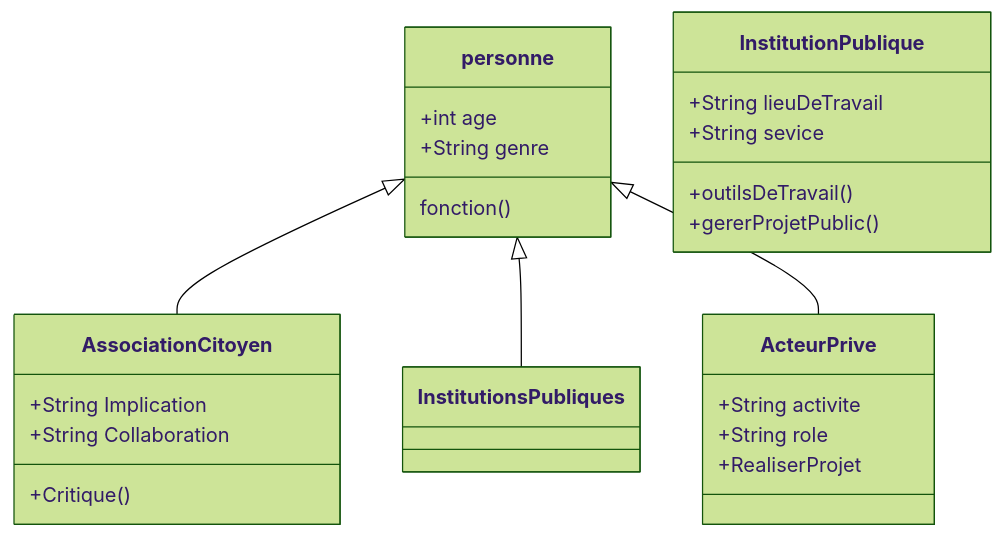
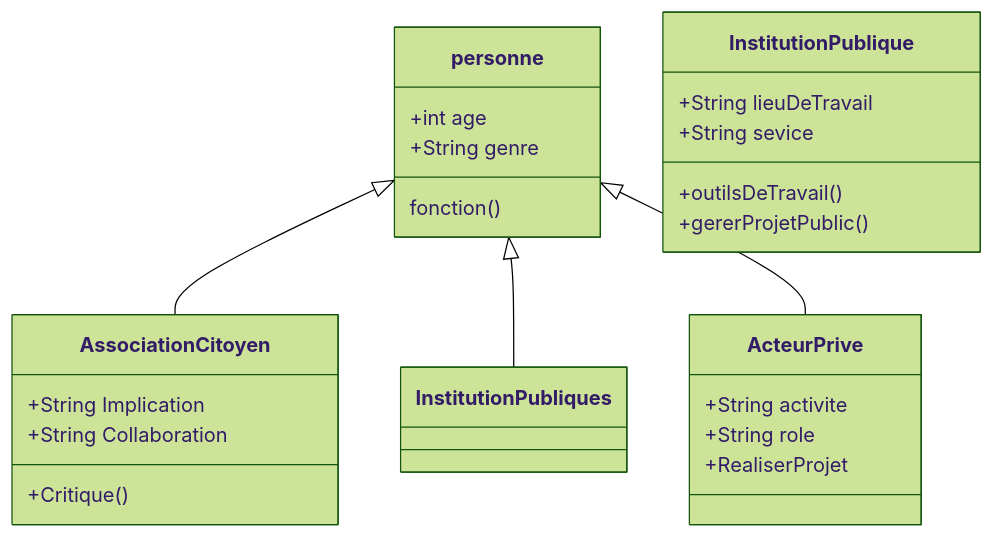
The diagram in acteurskahiarchi.md (kahiarchi/plaine---saint--Denis---batiment-), drawn with Mermaid (forest theme) before and after one commit.

````diff
--- a/acteurskahiarchi.md
+++ b/acteurskahiarchi.md
@@ -1,27 +1,27 @@
 ```mermaid
 classDiagram
     personne <|-- AssociationCitoyen
-    personne <|-- InstitutionsPubliques
+    personne <|-- InstitutionPubliques
     personne <|-- ActeurPrive
 
     personne : +int age
     personne : +String genre
     personne : fonction()
 
   class AssociationCitoyen {
      +String Implication 
      +String Collaboration
      +Critique ()
     }
     class InstitutionPublique{
           +String lieuDeTravail
           +String sevice
           +outilsDeTravail()
           +gererProjetPublic()
     }
     class ActeurPrive{
       +String activite
       +String role
       +RealiserProjet
      }
 ```
````
